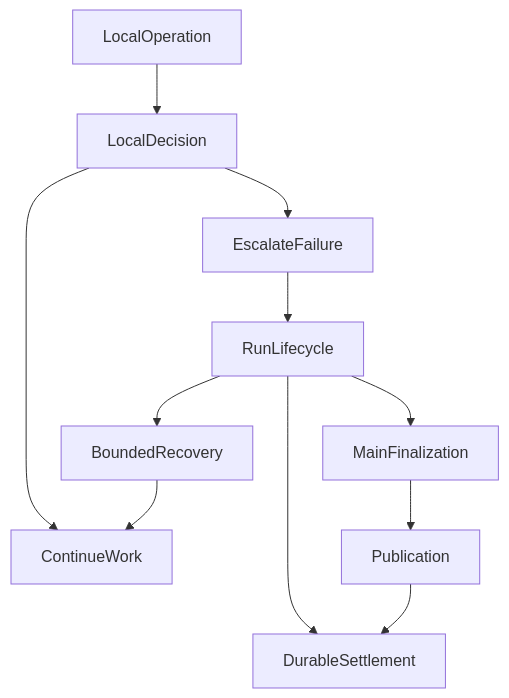
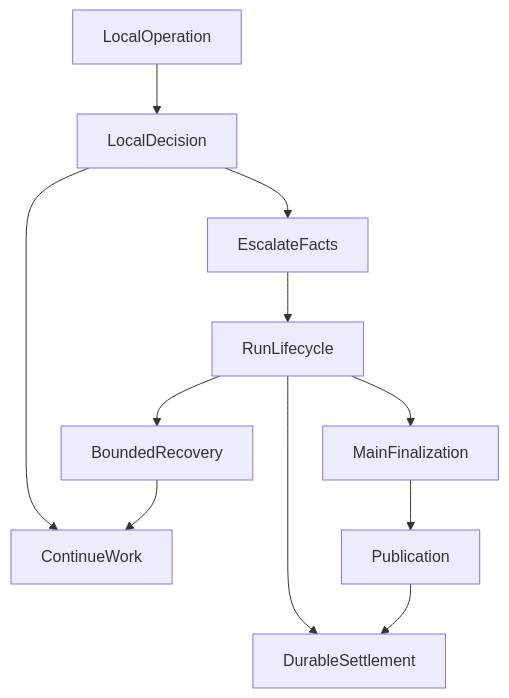
One commit to hpoenixf/eff-agent-article changed the first of 2 diagrams in articles/agent-veto-authority-and-run-termination.md. Above: the diagram before and after it, drawn with Mermaid. The commit also changed other lines of this file and 42 other files, not shown here.

````diff
--- a/articles/agent-veto-authority-and-run-termination.md
+++ b/articles/agent-veto-authority-and-run-termination.md
@@ -240,13 +96,13 @@
 ```mermaid
 graph TD
 LocalOperation --> LocalDecision
 LocalDecision --> ContinueWork
-LocalDecision --> EscalateFailure
-EscalateFailure --> RunLifecycle
+LocalDecision --> EscalateFacts
+EscalateFacts --> RunLifecycle
 RunLifecycle --> BoundedRecovery
 RunLifecycle --> MainFinalization
 RunLifecycle --> DurableSettlement
 BoundedRecovery --> ContinueWork
 MainFinalization --> Publication
 Publication --> DurableSettlement
 ```
````
